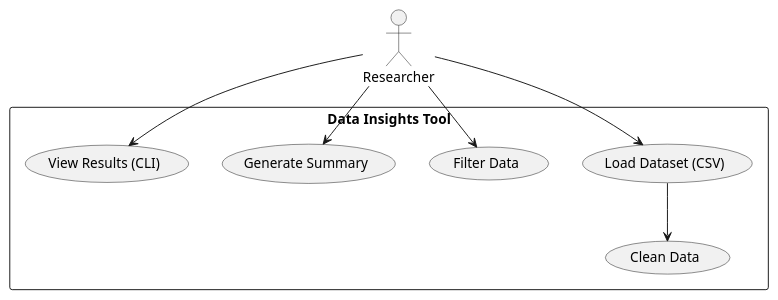
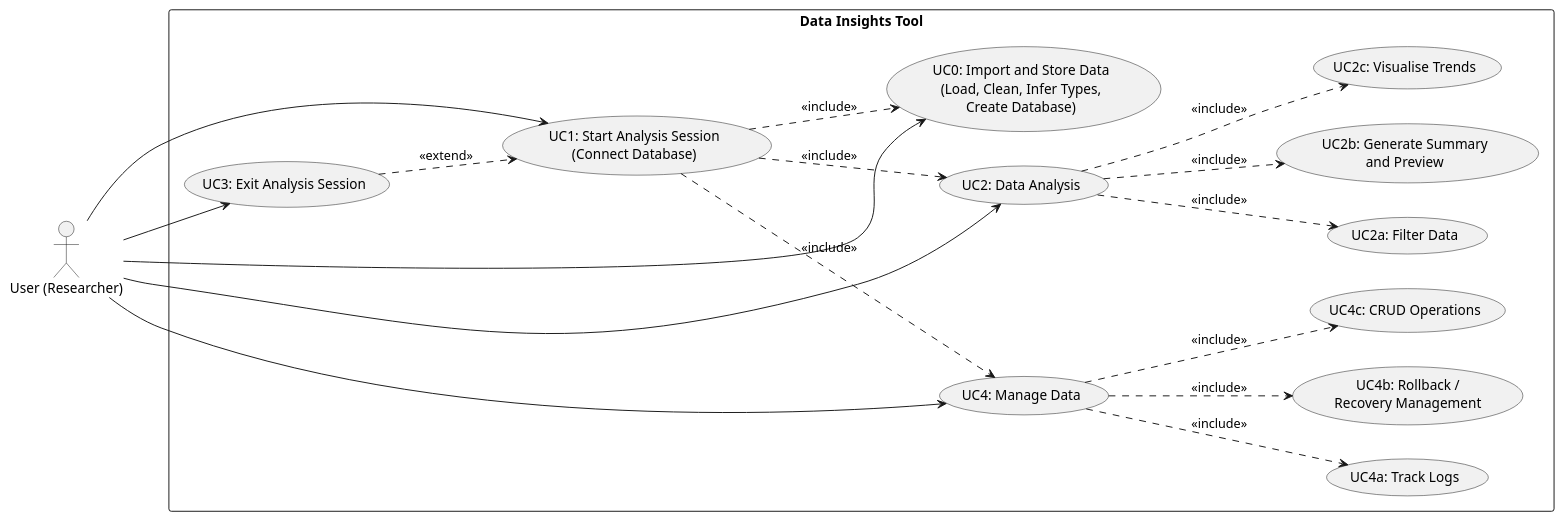
Before and after one commit to iconB6/public-health-data-analysis-insight-tool: the diagram in usecase_sprint1.puml, drawn with PlantUML. The commit also changed 2 other files, not shown here.

```diff
--- a/usecase_sprint1.puml
+++ b/usecase_sprint1.puml
@@ -1,21 +1,53 @@
 @startuml
+left to right direction
+skinparam packageStyle rectangle
 
-actor Researcher
+actor "User (Researcher)" as User
 
 rectangle "Data Insights Tool" {
 
-    usecase "Load Dataset (CSV)" as UC1
-    usecase "Clean Data" as UC2
-    usecase "Filter Data" as UC3
-    usecase "Generate Summary" as UC4
-    usecase "View Results (CLI)" as UC5
+  usecase "UC0: Import and Store Data\n(Load, Clean, Infer Types,\nCreate Database)" as UC0
 
+  usecase "UC1: Start Analysis Session\n(Connect Database)" as UC1
+
+  usecase "UC2: Data Analysis" as UC2
+  usecase "UC2a: Filter Data" as UC2a
+  usecase "UC2b: Generate Summary\nand Preview" as UC2b
+  usecase "UC2c: Visualise Trends" as UC2c
+
+  usecase "UC4: Manage Data" as UC4
+  usecase "UC4a: Track Logs" as UC4a
+  usecase "UC4b: Rollback /\nRecovery Management" as UC4b
+  usecase "UC4c: CRUD Operations" as UC4c
+
+  usecase "UC3: Exit Analysis Session" as UC3
 }
 
-Researcher --> UC1
-Researcher --> UC3
-Researcher --> UC4
-Researcher --> UC5
-UC1 --> UC2
+' User interactions
+User --> UC0
+User --> UC1
+User --> UC2
+User --> UC4
+User --> UC3
+
+' Preconditions
+UC1 ..> UC0 : <<include>>
+
+' Analysis requires active session
+UC1 ..> UC2 : <<include>>
+UC1 ..> UC4 : <<include>>
+
+' Data Analysis sub use cases
+UC2 ..> UC2a : <<include>>
+UC2 ..> UC2b : <<include>>
+UC2 ..> UC2c : <<include>>
+
+' Data Management sub use cases
+UC4 ..> UC4a : <<include>>
+UC4 ..> UC4b : <<include>>
+UC4 ..> UC4c : <<include>>
+
+' Exit session
+UC3 ..> UC1 : <<extend>>
 
 @enduml
```
